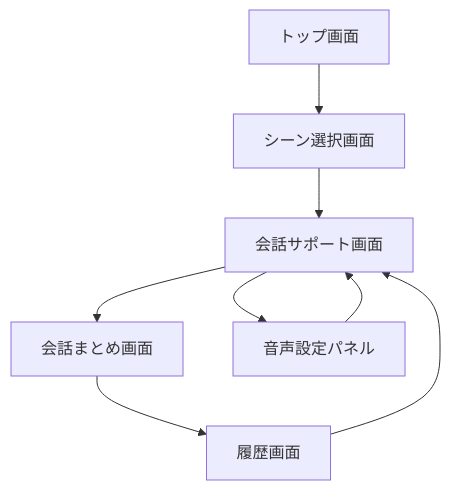
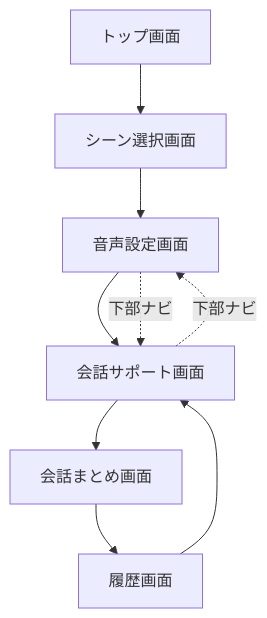
Before and after one commit to KaichoHarry/talk-seed: the first of 2 diagrams in docs/UI_UX_Yuki.md, drawn with Mermaid. The commit also changed other lines of this file and 27 other files, not shown here.

````diff
--- a/docs/UI_UX_Yuki.md
+++ b/docs/UI_UX_Yuki.md
@@ -92,10 +93,11 @@
 ```mermaid
 flowchart TD
     A[トップ画面] --> B[シーン選択画面]
-    B --> C[会話サポート画面]
+    B --> V[音声設定画面]
+    V --> C[会話サポート画面]
     C --> D[会話まとめ画面]
     D --> E[履歴画面]
     E --> C
-    C --> F[音声設定パネル]
-    F --> C
+    C -.下部ナビ.-> V
+    V -.下部ナビ.-> C
 ```
````
